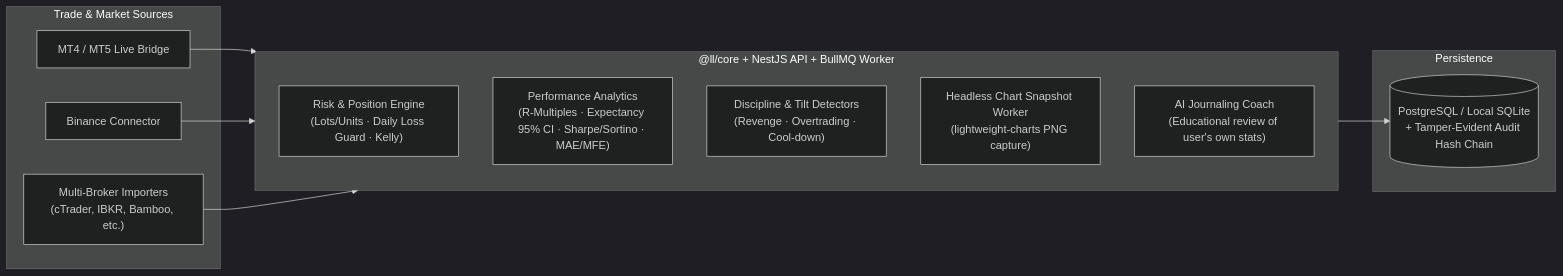
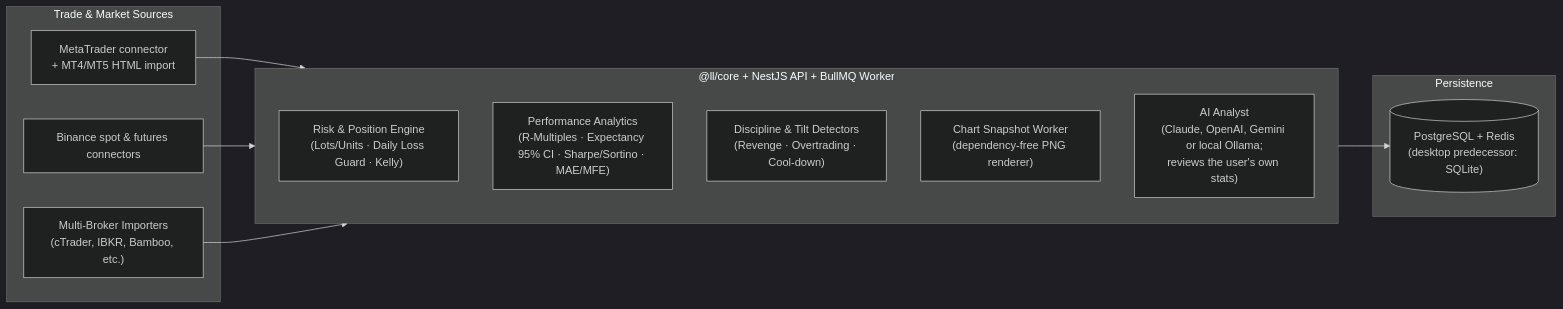
One commit to ikebude/ai-ml-data-engineering changed the diagram in products/lolos-ledger/README.md. Above: the diagram before and after it, drawn with Mermaid (dark theme). The commit also changed other lines of this file and 5 other files, not shown here.

````diff
--- a/products/lolos-ledger/README.md
+++ b/products/lolos-ledger/README.md
@@ -25,23 +25,23 @@
 ```mermaid
 flowchart LR
     subgraph Sources["Trade & Market Sources"]
-        MT["MT4 / MT5 Live Bridge"]
-        Bin["Binance Connector"]
+        MT["MetaTrader connector<br/>+ MT4/MT5 HTML import"]
+        Bin["Binance spot & futures connectors"]
         CSV["Multi-Broker Importers<br/>(cTrader, IBKR, Bamboo, etc.)"]
     end
 
     subgraph Core["@ll/core + NestJS API + BullMQ Worker"]
         Risk["Risk & Position Engine<br/>(Lots/Units · Daily Loss Guard · Kelly)"]
         Metrics["Performance Analytics<br/>(R-Multiples · Expectancy 95% CI · Sharpe/Sortino · MAE/MFE)"]
         Psych["Discipline & Tilt Detectors<br/>(Revenge · Overtrading · Cool-down)"]
-        Snap["Headless Chart Snapshot Worker<br/>(lightweight-charts PNG capture)"]
-        Coach["AI Journaling Coach<br/>(Educational review of user's own stats)"]
+        Snap["Chart Snapshot Worker<br/>(dependency-free PNG renderer)"]
+        Coach["AI Analyst<br/>(Claude, OpenAI, Gemini or local Ollama;<br/>reviews the user's own stats)"]
     end
 
     subgraph Storage["Persistence"]
-        DB[("PostgreSQL / Local SQLite<br/>+ Tamper-Evident Audit Hash Chain")]
+        DB[("PostgreSQL + Redis<br/>(desktop predecessor: SQLite)")]
     end
 
     MT & Bin & CSV --> Core
     Core --> DB
 ```
````
